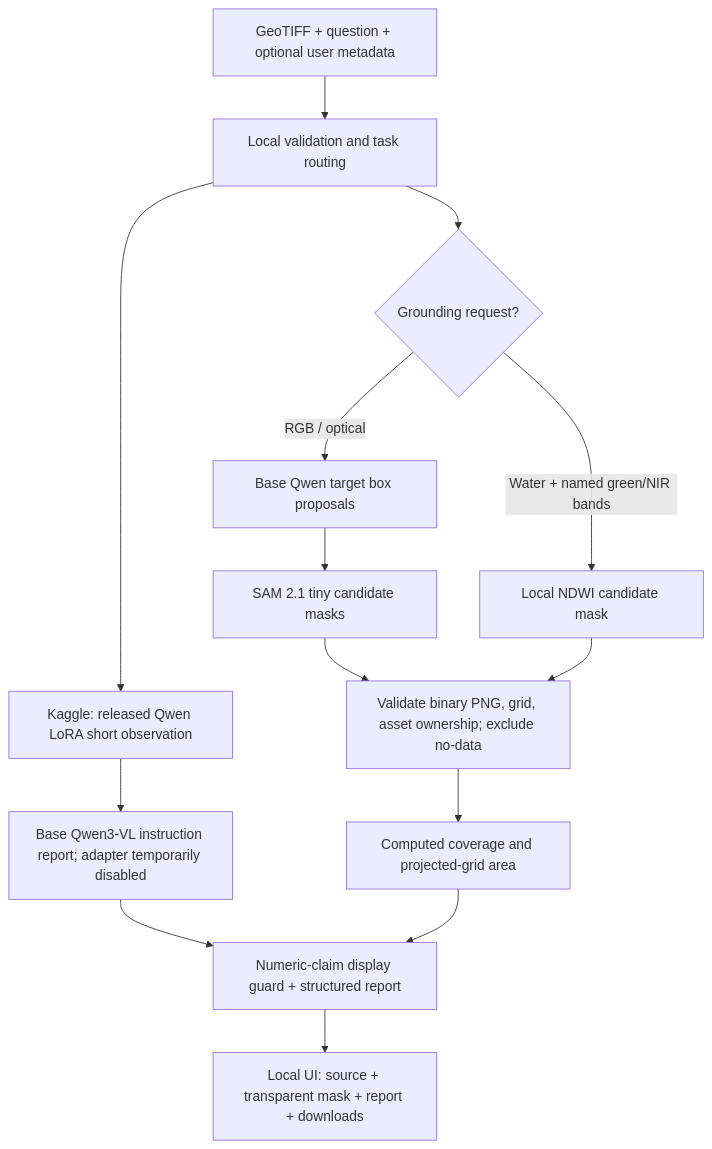
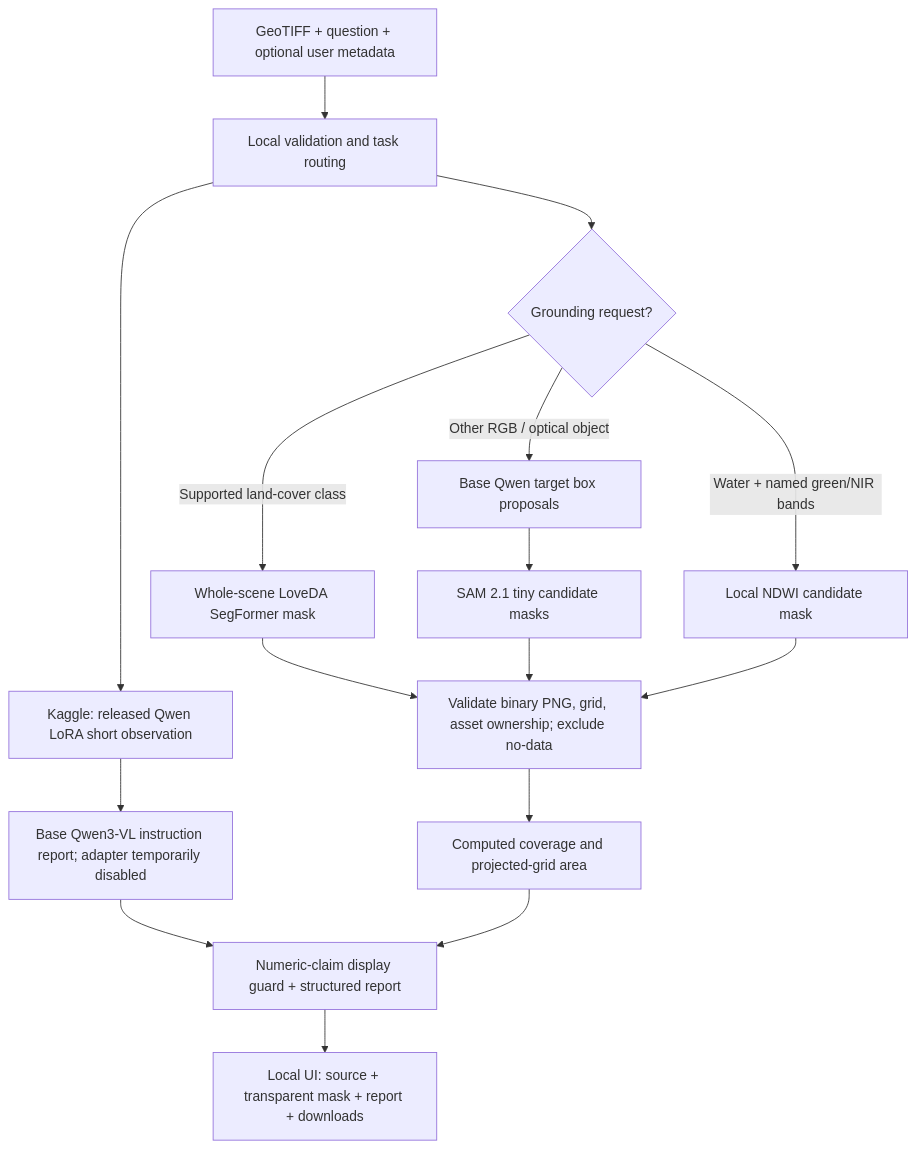
The diagram in docs/ANALYSIS_QUALITY.md (aanandmodi/StatqueryAI), drawn with Mermaid before and after one commit. The commit also changed other lines of this file and 47 other files, not shown here.

Commit message:
feat: upgrade model quality pipelines, LoveDA SegFormer training, jury evidence runbook, and masks

````diff
--- a/docs/ANALYSIS_QUALITY.md
+++ b/docs/ANALYSIS_QUALITY.md
@@ -25,16 +26,18 @@
 ```mermaid
 flowchart TD
     A[GeoTIFF + question + optional user metadata] --> B[Local validation and task routing]
     B --> C[Kaggle: released Qwen LoRA short observation]
     C --> D[Base Qwen3-VL instruction report; adapter temporarily disabled]
     B --> E{Grounding request?}
-    E -->|RGB / optical| F[Base Qwen target box proposals]
+    E -->|Supported land-cover class| S[Whole-scene LoveDA SegFormer mask]
+    E -->|Other RGB / optical object| F[Base Qwen target box proposals]
     F --> G[SAM 2.1 tiny candidate masks]
     E -->|Water + named green/NIR bands| H[Local NDWI candidate mask]
-    G --> I[Validate binary PNG, grid, asset ownership; exclude no-data]
+    S --> I[Validate binary PNG, grid, asset ownership; exclude no-data]
+    G --> I
     H --> I
     I --> J[Computed coverage and projected-grid area]
     D --> K[Numeric-claim display guard + structured report]
     J --> K
     K --> L[Local UI: source + transparent mask + report + downloads]
 ```
````
